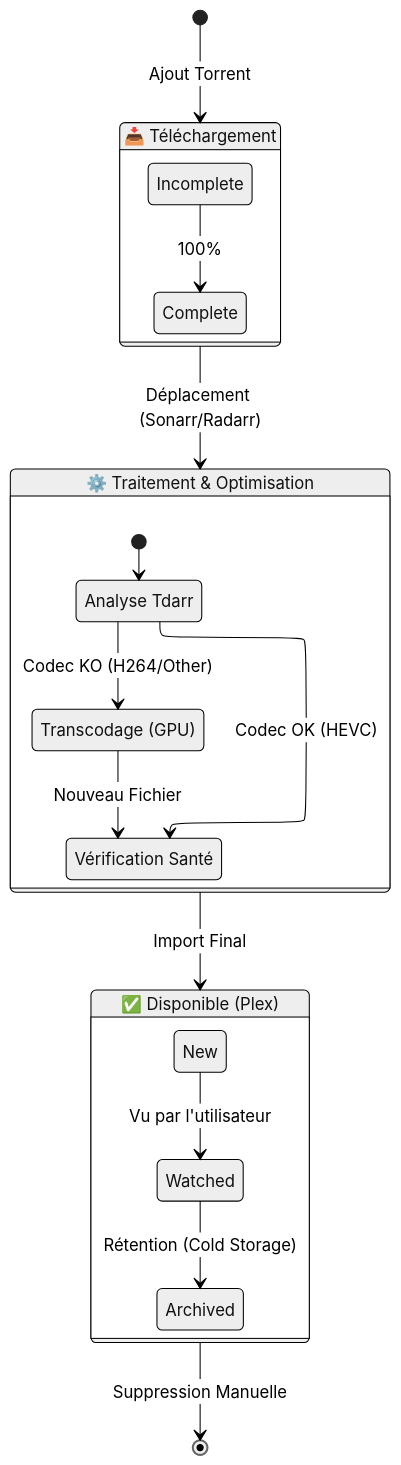
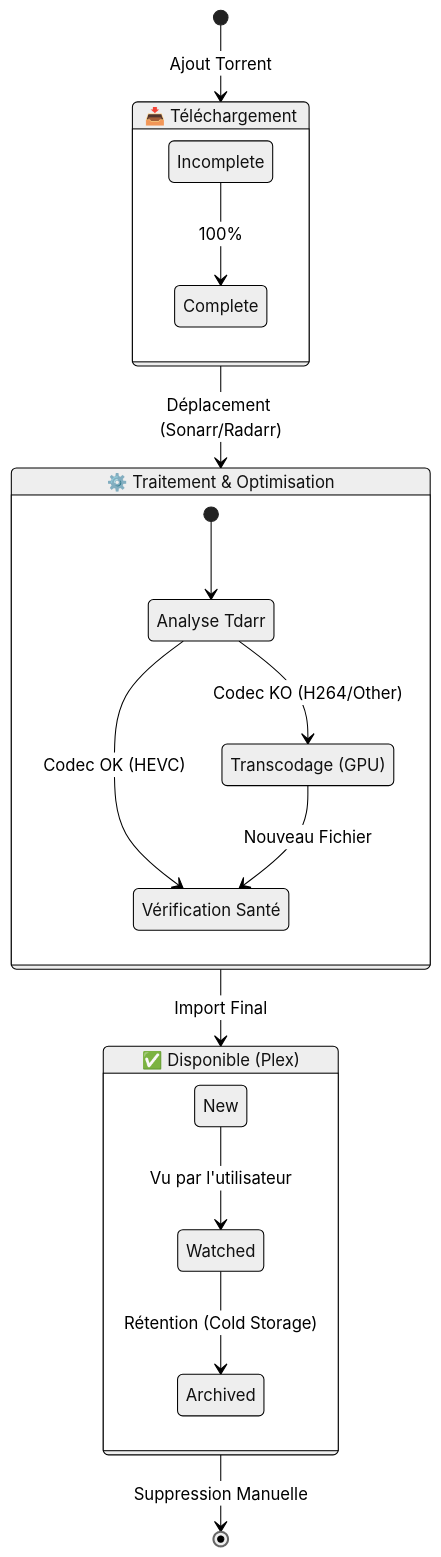
Before and after one commit to LM28000/server_doc: the diagram in media_lifecycle_state.md, drawn with Mermaid.

````diff
--- a/media_lifecycle_state.md
+++ b/media_lifecycle_state.md
@@ -7,35 +7,34 @@
 ```mermaid
 ---
 config:
-  layout: elk
   theme: neutral
 ---
 stateDiagram-v2
     [*] --> Downloading : Ajout Torrent
     
     state "📥 Téléchargement" as Downloading {
         Incomplete --> Complete : 100%
     }
 
     Downloading --> Processing : Déplacement (Sonarr/Radarr)
 
     state "⚙️ Traitement & Optimisation" as Processing {
         state "Analyse Tdarr" as TdarrCheck
         state "Transcodage (GPU)" as Transcode
         state "Vérification Santé" as HealthCheck
         
         [*] --> TdarrCheck
         TdarrCheck --> HealthCheck : Codec OK (HEVC)
         TdarrCheck --> Transcode : Codec KO (H264/Other)
         Transcode --> HealthCheck : Nouveau Fichier
     }
 
     Processing --> Available : Import Final
 
     state "✅ Disponible (Plex)" as Available {
         New --> Watched : Vu par l'utilisateur
         Watched --> Archived : Rétention (Cold Storage)
     }
 
     Available --> [*] : Suppression Manuelle
 ```
````
